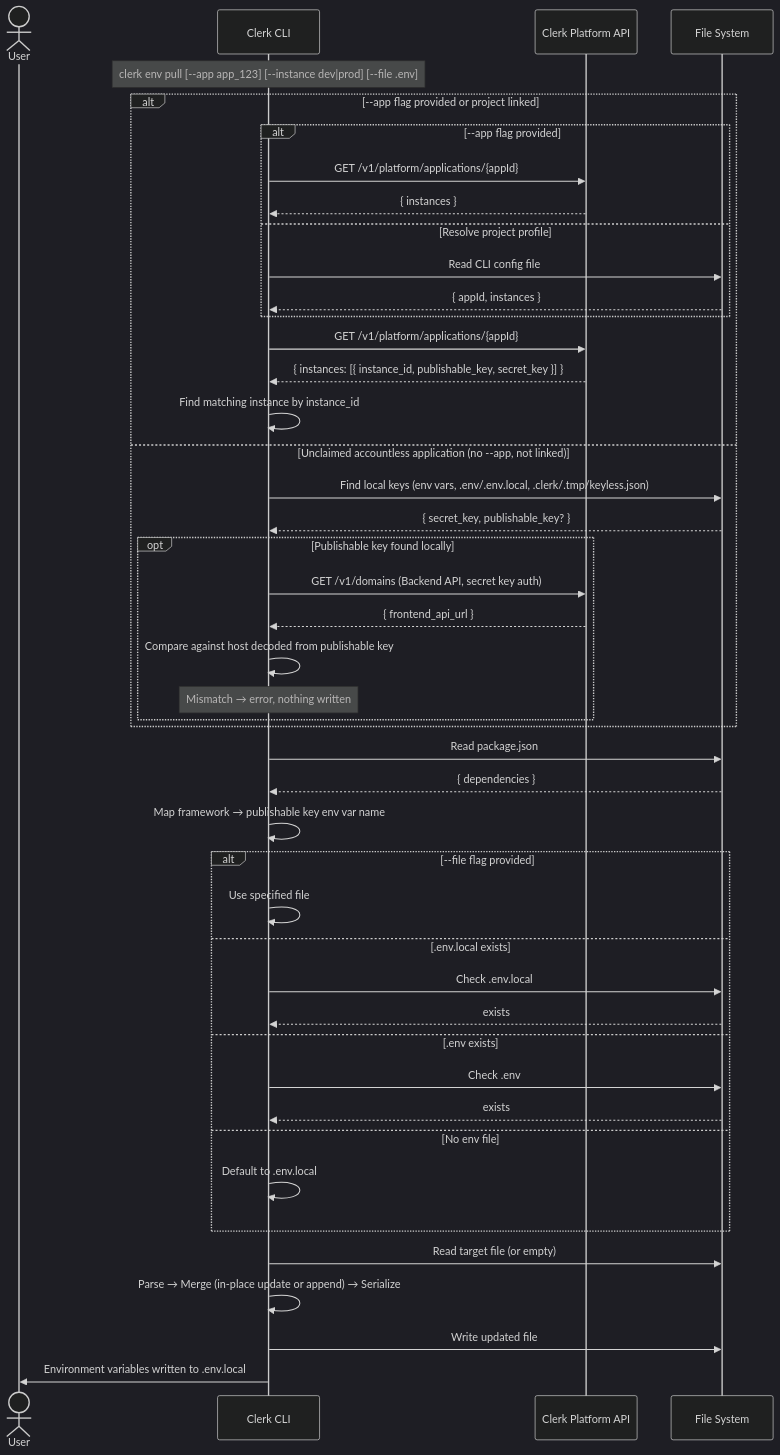
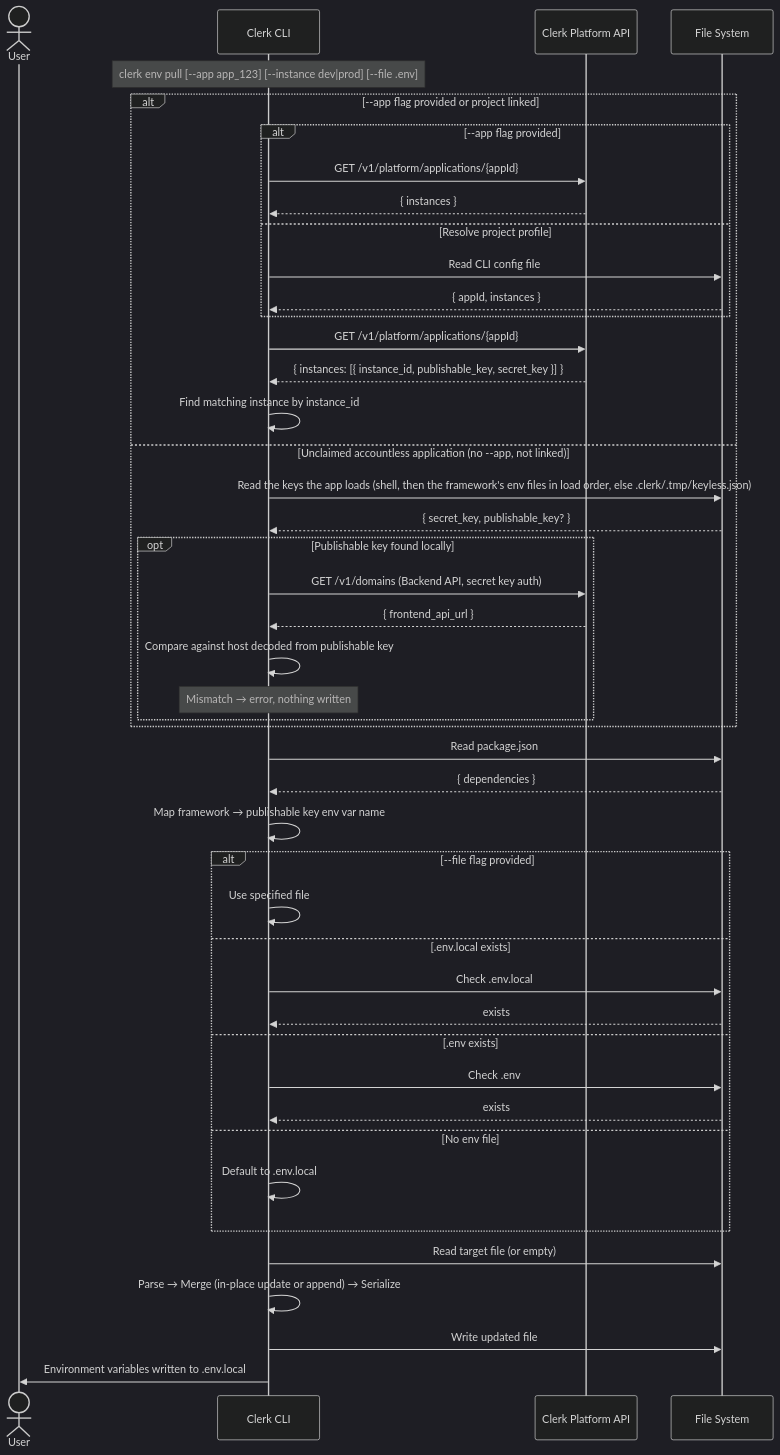
Before and after one commit to clerk/cli: the diagram in packages/cli-core/src/commands/env/README.md, drawn with Mermaid (dark theme). The commit also changed 4 other files, not shown here.

````diff
--- a/packages/cli-core/src/commands/env/README.md
+++ b/packages/cli-core/src/commands/env/README.md
@@ -28,57 +28,57 @@
 ```mermaid
 sequenceDiagram
     actor User
     participant CLI as Clerk CLI
     participant API as Clerk Platform API
     participant FS as File System
 
     Note over CLI: clerk env pull [--app app_123] [--instance dev|prod] [--file .env]
 
     alt --app flag provided or project linked
         alt --app flag provided
             CLI->>API: GET /v1/platform/applications/{appId}
             API-->>CLI: { instances }
         else Resolve project profile
             CLI->>FS: Read CLI config file
             FS-->>CLI: { appId, instances }
         end
 
         %% Fetch application with keys
         CLI->>API: GET /v1/platform/applications/{appId}
         API-->>CLI: { instances: [{ instance_id, publishable_key, secret_key }] }
         CLI->>CLI: Find matching instance by instance_id
     else Unclaimed accountless application (no --app, not linked)
-        CLI->>FS: Find local keys (env vars, .env/.env.local, .clerk/.tmp/keyless.json)
+        CLI->>FS: Read the keys the app loads (shell, then the framework's env files in load order, else .clerk/.tmp/keyless.json)
         FS-->>CLI: { secret_key, publishable_key? }
         opt Publishable key found locally
             CLI->>API: GET /v1/domains (Backend API, secret key auth)
             API-->>CLI: { frontend_api_url }
             CLI->>CLI: Compare against host decoded from publishable key
             Note over CLI: Mismatch → error, nothing written
         end
     end
 
     %% Detect framework
     CLI->>FS: Read package.json
     FS-->>CLI: { dependencies }
     CLI->>CLI: Map framework → publishable key env var name
 
     %% Resolve target file
     alt --file flag provided
         CLI->>CLI: Use specified file
     else .env.local exists
         CLI->>FS: Check .env.local
         FS-->>CLI: exists
     else .env exists
         CLI->>FS: Check .env
         FS-->>CLI: exists
     else No env file
         CLI->>CLI: Default to .env.local
     end
 
     %% Read, merge, write
     CLI->>FS: Read target file (or empty)
     CLI->>CLI: Parse → Merge (in-place update or append) → Serialize
     CLI->>FS: Write updated file
     CLI->>User: Environment variables written to .env.local
 ```
````
